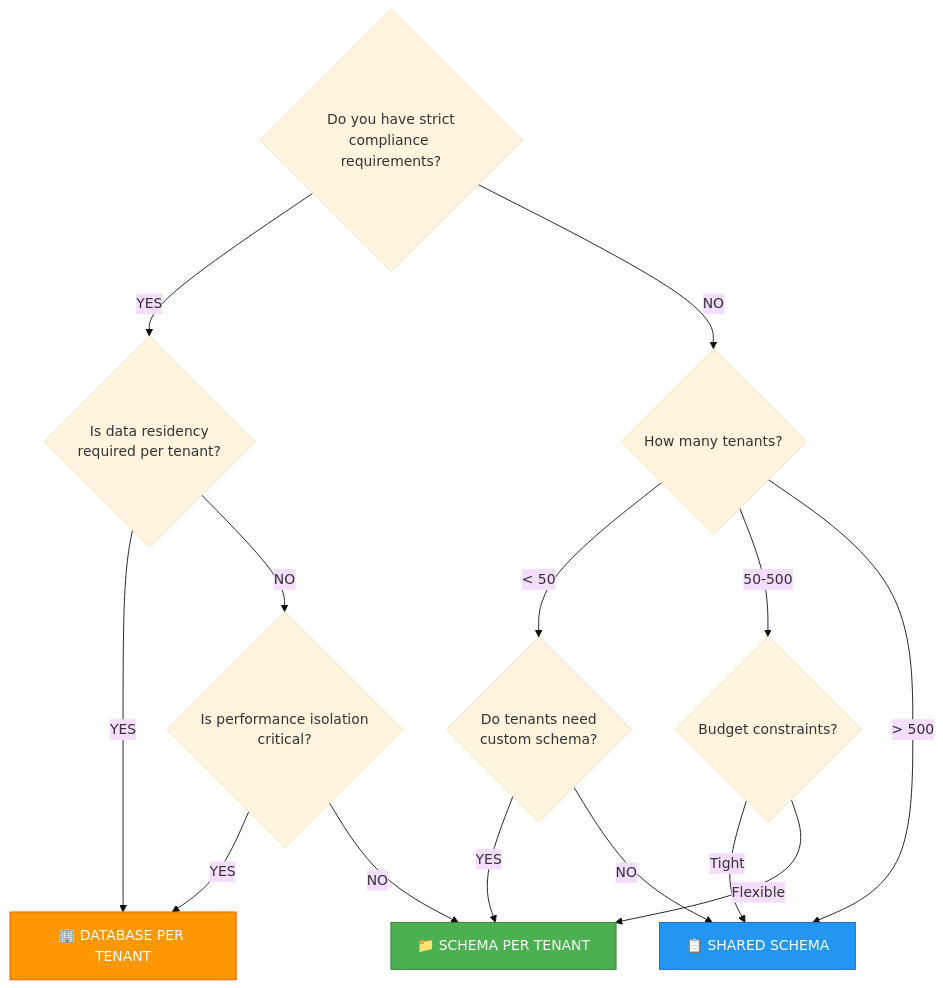
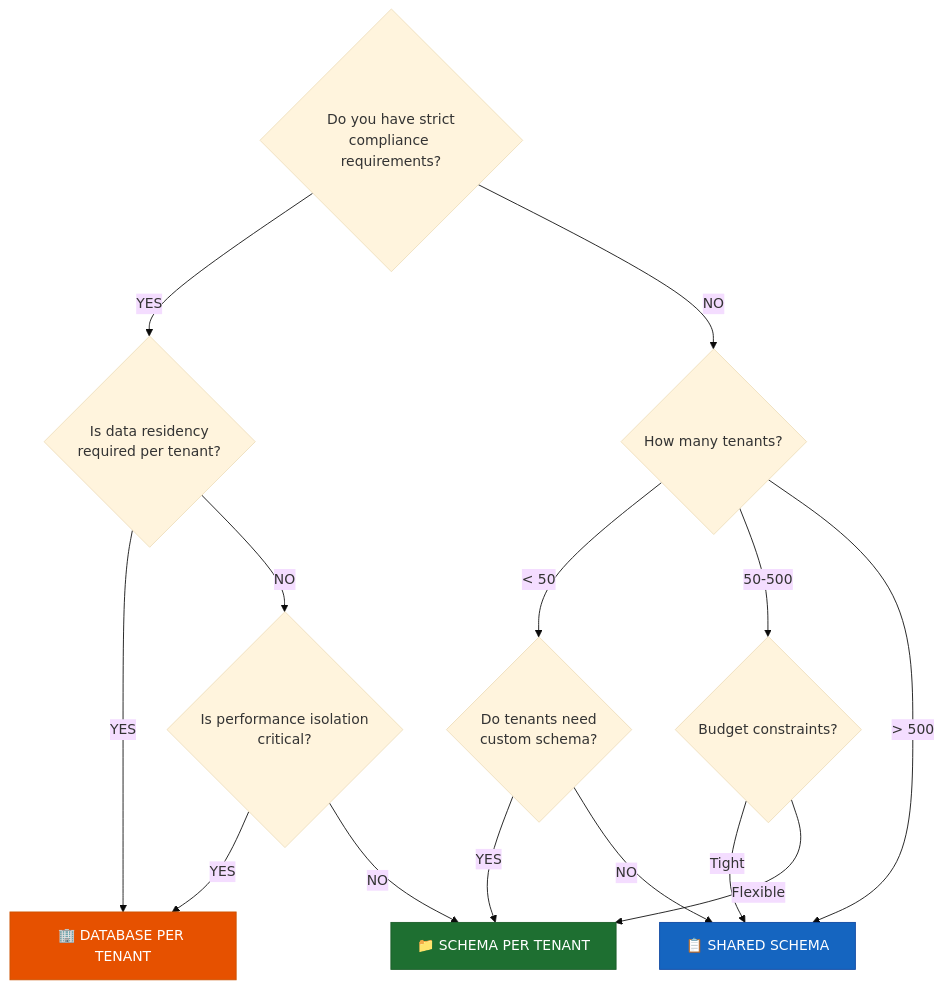
Before and after one commit to dlrivada/Encina: the fourth of 6 diagrams in docs/features/multi-tenancy.md, drawn with Mermaid (base theme). The commit also changed 6 other files, not shown here.

First line of the commit message:
docs: replace hardcoded light-mode Mermaid colors with dark equivalents

````diff
--- a/docs/features/multi-tenancy.md
+++ b/docs/features/multi-tenancy.md
@@ -137,26 +137,26 @@
 ```mermaid
 flowchart TD
     A{Do you have strict<br/>compliance requirements?}
     A -->|YES| B{Is data residency<br/>required per tenant?}
     A -->|NO| C{How many tenants?}
 
     B -->|YES| D[🏢 DATABASE PER TENANT]
     B -->|NO| E{Is performance isolation<br/>critical?}
 
     E -->|YES| D
     E -->|NO| F[📁 SCHEMA PER TENANT]
 
     C -->|< 50| G{Do tenants need<br/>custom schema?}
     C -->|50-500| H{Budget constraints?}
     C -->|> 500| I[📋 SHARED SCHEMA]
 
     G -->|YES| F
     G -->|NO| I
 
     H -->|Tight| I
     H -->|Flexible| F
 
-    style D fill:#FF9800,stroke:#E65100,color:#fff
-    style F fill:#4CAF50,stroke:#2E7D32,color:#fff
-    style I fill:#2196F3,stroke:#1565C0,color:#fff
+    style D fill:#e65100,stroke:#cc5200,color:#fff
+    style F fill:#1e6f31,stroke:#1a5c28,color:#fff
+    style I fill:#1565c0,stroke:#0d47a1,color:#fff
 ```
````
